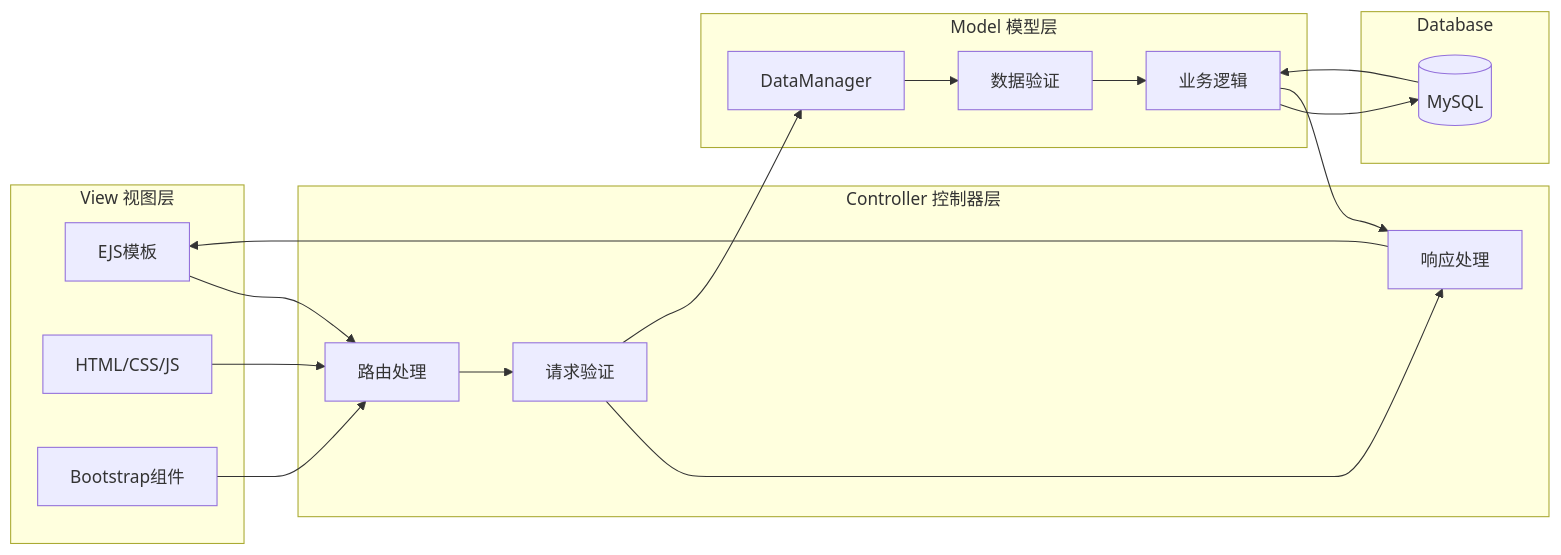
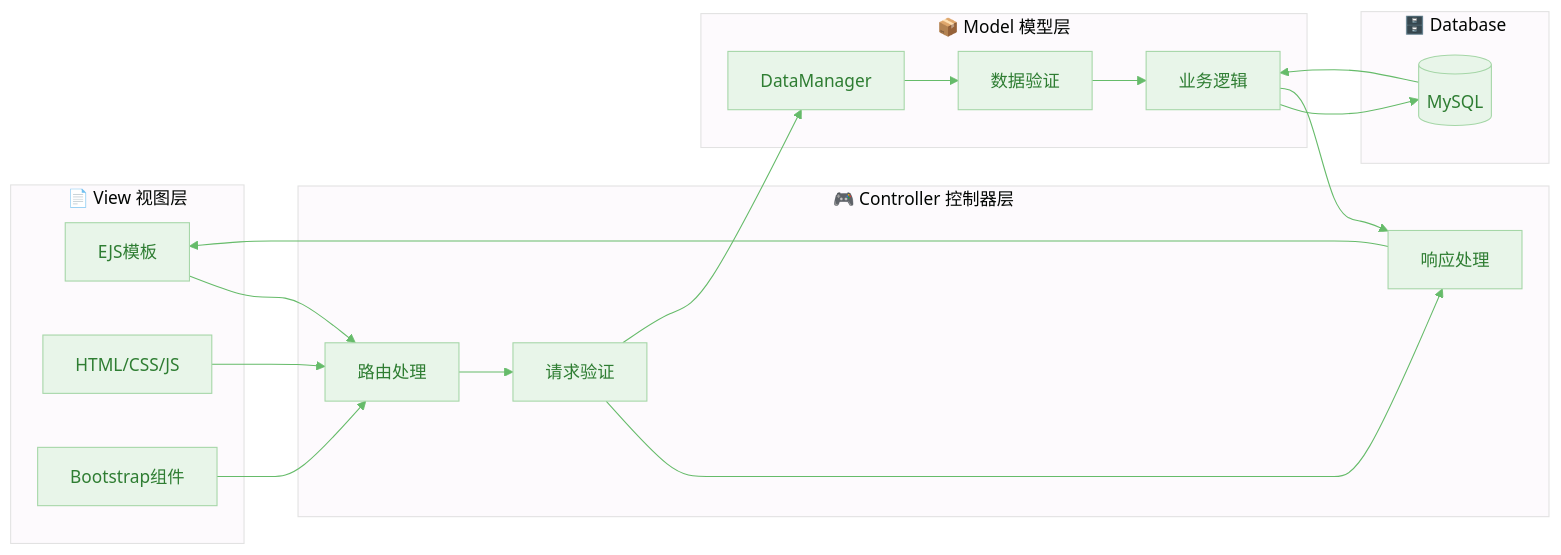
The second of 18 diagrams in docs/架构设计.md (keyoshoin/movie-website), drawn with Mermaid before and after one commit. The commit also changed other lines of this file, not shown here.

````diff
--- a/docs/架构设计.md
+++ b/docs/架构设计.md
@@ -66,40 +55,41 @@
 ```mermaid
+%%{init: {'theme': 'base', 'themeVariables': { 'primaryColor': '#e8f5e9', 'primaryTextColor': '#2e7d32', 'primaryBorderColor': '#a5d6a7', 'lineColor': '#66bb6a'}}}%%
 graph LR
-    subgraph "View 视图层"
-        V1[EJS模板]
-        V2[HTML/CSS/JS]
-        V3[Bootstrap组件]
+    subgraph view["📄 View 视图层"]
+        V1["EJS模板"]
+        V2["HTML/CSS/JS"]
+        V3["Bootstrap组件"]
     end
     
-    subgraph "Controller 控制器层"
-        C1[路由处理]
-        C2[请求验证]
-        C3[响应处理]
+    subgraph controller["🎮 Controller 控制器层"]
+        C1["路由处理"]
+        C2["请求验证"]
+        C3["响应处理"]
     end
     
-    subgraph "Model 模型层"
-        M1[DataManager]
-        M2[数据验证]
-        M3[业务逻辑]
+    subgraph model["📦 Model 模型层"]
+        M1["DataManager"]
+        M2["数据验证"]
+        M3["业务逻辑"]
     end
     
-    subgraph "Database"
-        D1[(MySQL)]
+    subgraph database["🗄️ Database"]
+        D1[("MySQL")]
     end
     
     V1 --> C1
     V2 --> C1
     V3 --> C1
     
     C1 --> C2
     C2 --> C3
     C3 --> V1
     
     C2 --> M1
     M1 --> M2
     M2 --> M3
     M3 --> D1
     
     D1 --> M3
     M3 --> C3
 ```
````
